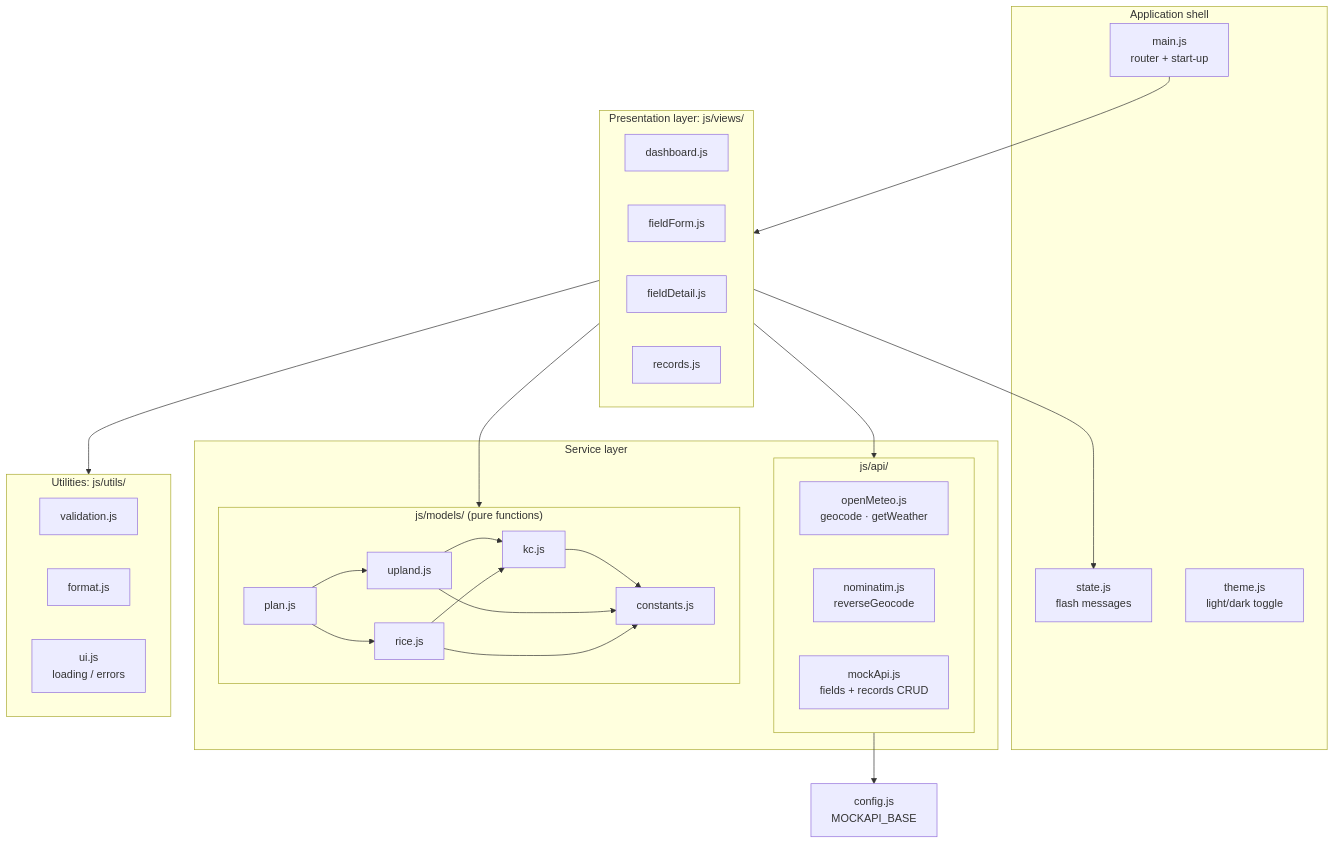
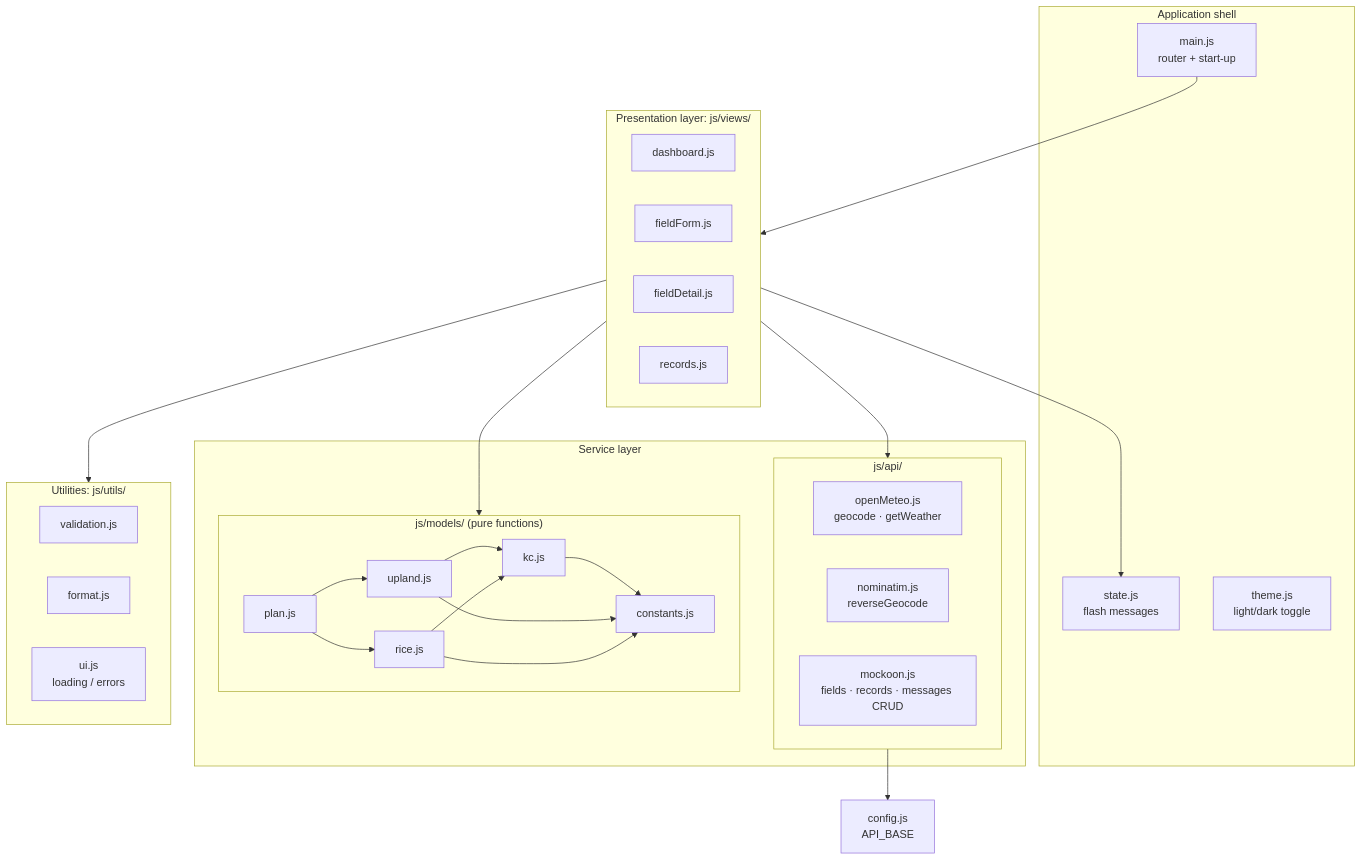
One commit to ViiUnknown/aquaplan changed the third of 13 diagrams in ARCHITECTURE.md. Above: the diagram before and after it, drawn with Mermaid. The commit also changed other lines of this file and 35 other files, not shown here.

````diff
--- a/ARCHITECTURE.md
+++ b/ARCHITECTURE.md
@@ -108,50 +106,50 @@
 ```mermaid
 flowchart TB
     subgraph L1["Presentation layer: js/views/"]
         dash["dashboard.js"]
         form["fieldForm.js"]
         detail["fieldDetail.js"]
         recs["records.js"]
     end
 
     subgraph L0["Application shell"]
         main["main.js<br/>router + start-up"]
         state["state.js<br/>flash messages"]
         theme["theme.js<br/>light/dark toggle"]
     end
 
     subgraph L2["Service layer"]
         subgraph api["js/api/"]
             om["openMeteo.js<br/>geocode · getWeather"]
             nom["nominatim.js<br/>reverseGeocode"]
-            ma["mockApi.js<br/>fields + records CRUD"]
+            ma["mockoon.js<br/>fields · records · messages CRUD"]
         end
         subgraph models["js/models/ (pure functions)"]
             kc["kc.js"]
             up["upland.js"]
             rice["rice.js"]
             plan["plan.js"]
             const["constants.js"]
         end
     end
 
     subgraph L3["Utilities: js/utils/"]
         val["validation.js"]
         fmt["format.js"]
         ui["ui.js<br/>loading / errors"]
     end
 
     main --> L1
     L1 --> state
     L1 --> api
     L1 --> models
     L1 --> L3
     up --> kc
     rice --> kc
     plan --> up
     plan --> rice
     kc --> const
     up --> const
     rice --> const
-    api --> cfg["config.js<br/>MOCKAPI_BASE"]
+    api --> cfg["config.js<br/>API_BASE"]
 ```
````
